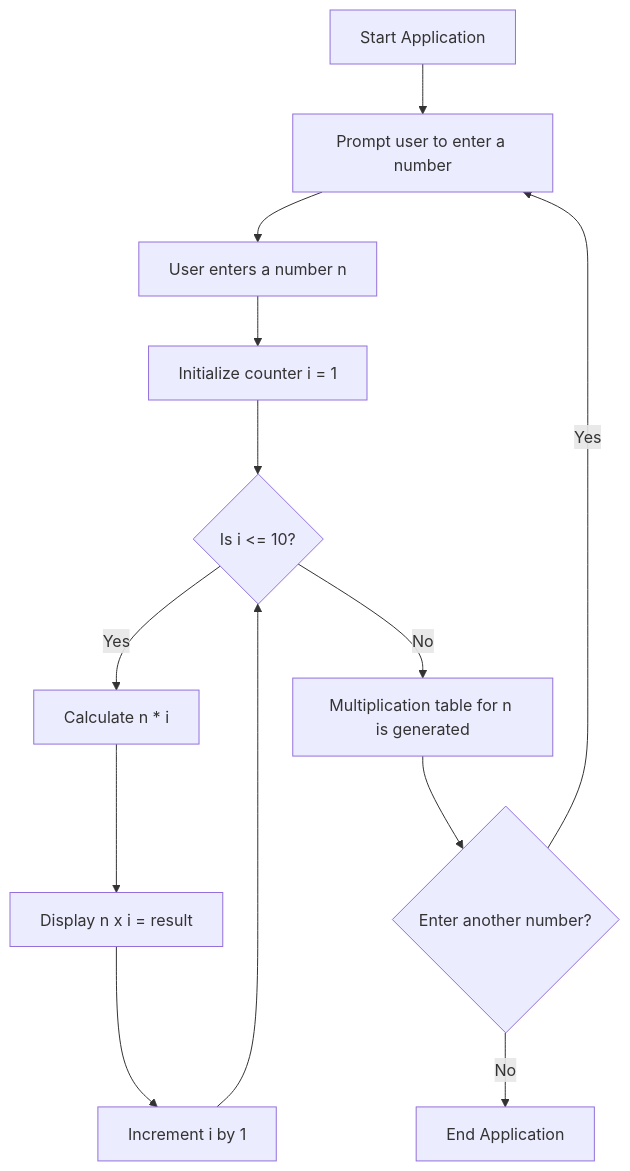
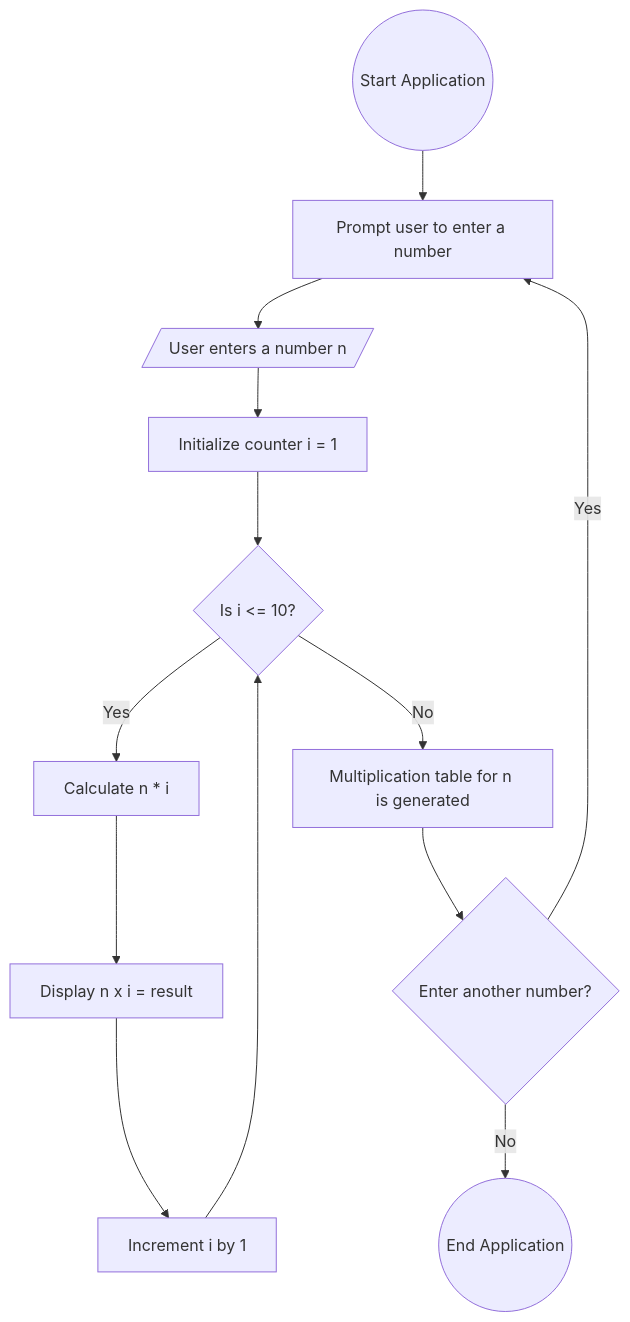
Before and after one commit to OlenaMyroshnykova/Java-Loops: the diagram in README.md, drawn with Mermaid.

````diff
--- a/README.md
+++ b/README.md
@@ -2,18 +2,18 @@
 ```mermaid
 flowchart TD
-    A[Start Application] --> B[Prompt user to enter a number]
-    B --> C[User enters a number n]
+    A((Start Application)) --> B[Prompt user to enter a number]
+    B --> C[/User enters a number n/]
     C --> D[Initialize counter i = 1]
 
     D --> E{Is i <= 10?}
     E -- Yes --> F[Calculate n * i]
     F --> G[Display n x i = result]
     G --> H[Increment i by 1]
     H --> E
 
     E -- No --> I[Multiplication table for n is generated]
     I --> J{Enter another number?}
     J -- Yes --> B
-    J -- No --> K[End Application]
+    J -- No --> K((End Application))
 
 ```
````
